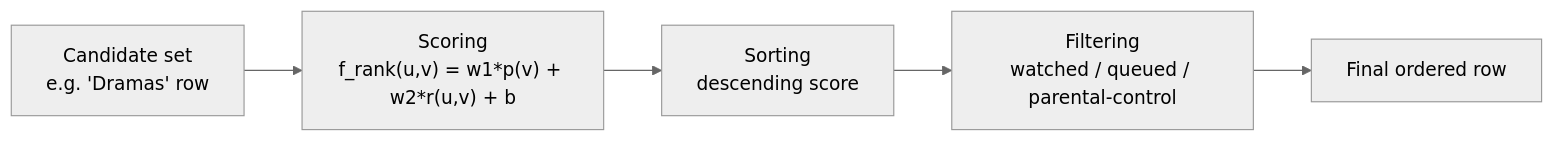
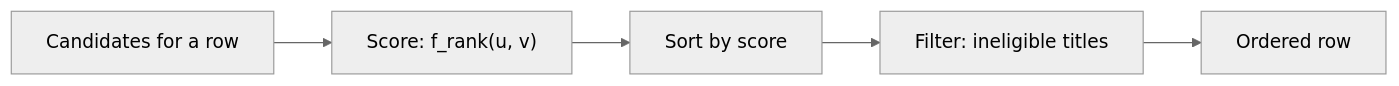
The second of 2 diagrams in case-studies/netflix-feed-ranking/README.md (romancobblepot/AI-system-design-primer), drawn with Mermaid (neutral theme) before and after one commit. The commit also changed other lines of this file and 49 other files, not shown here.

````diff
--- a/case-studies/netflix-feed-ranking/README.md
+++ b/case-studies/netflix-feed-ranking/README.md
@@ -226,7 +242,7 @@
 ```mermaid
 flowchart LR
-    C["Candidate set\ne.g. 'Dramas' row"] --> S["Scoring\nf_rank(u,v) = w1*p(v) + w2*r(u,v) + b"]
-    S --> SO["Sorting\ndescending score"]
-    SO --> F["Filtering\nwatched / queued / parental-control"]
-    F --> OUT["Final ordered row"]
+    C["Candidates for a row"] --> S["Score: f_rank(u, v)"]
+    S --> SO["Sort by score"]
+    SO --> F["Filter: ineligible titles"]
+    F --> OUT["Ordered row"]
 ```
````
